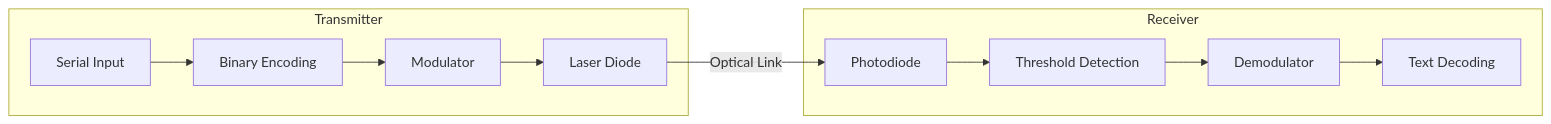
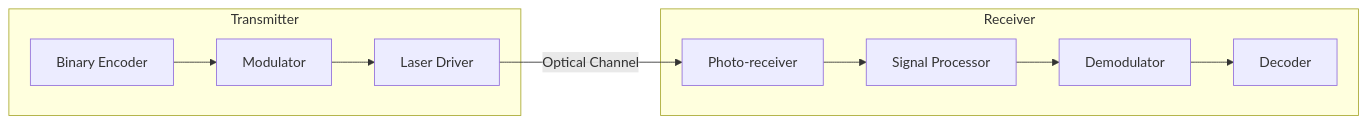
Before and after one commit to void0x11/Laser-Communication-System: the diagram in README.md, drawn with Mermaid. The commit also changed other lines of this file and 4 other files, not shown here.

````diff
--- a/README.md
+++ b/README.md
@@ -24,14 +25,13 @@
 ```mermaid
 graph LR
     subgraph Transmitter
-        T1[Serial Input] --> T2[Binary Encoding]
-        T2 --> T3[Modulator]
-        T3 --> T4[Laser Diode]
+        T1[Binary Encoder] --> T2[Modulator]
+        T2 --> T3[Laser Driver]
     end
     subgraph Receiver
-        R1[Photodiode] --> R2[Threshold Detection]
+        R1[Photo-receiver] --> R2[Signal Processor]
         R2 --> R3[Demodulator]
-        R3 --> R4[Text Decoding]
+        R3 --> R4[Decoder]
     end
-    T4 -- "Optical Link" --> R1
+    T3 -- "Optical Channel" --> R1
 ```
````
